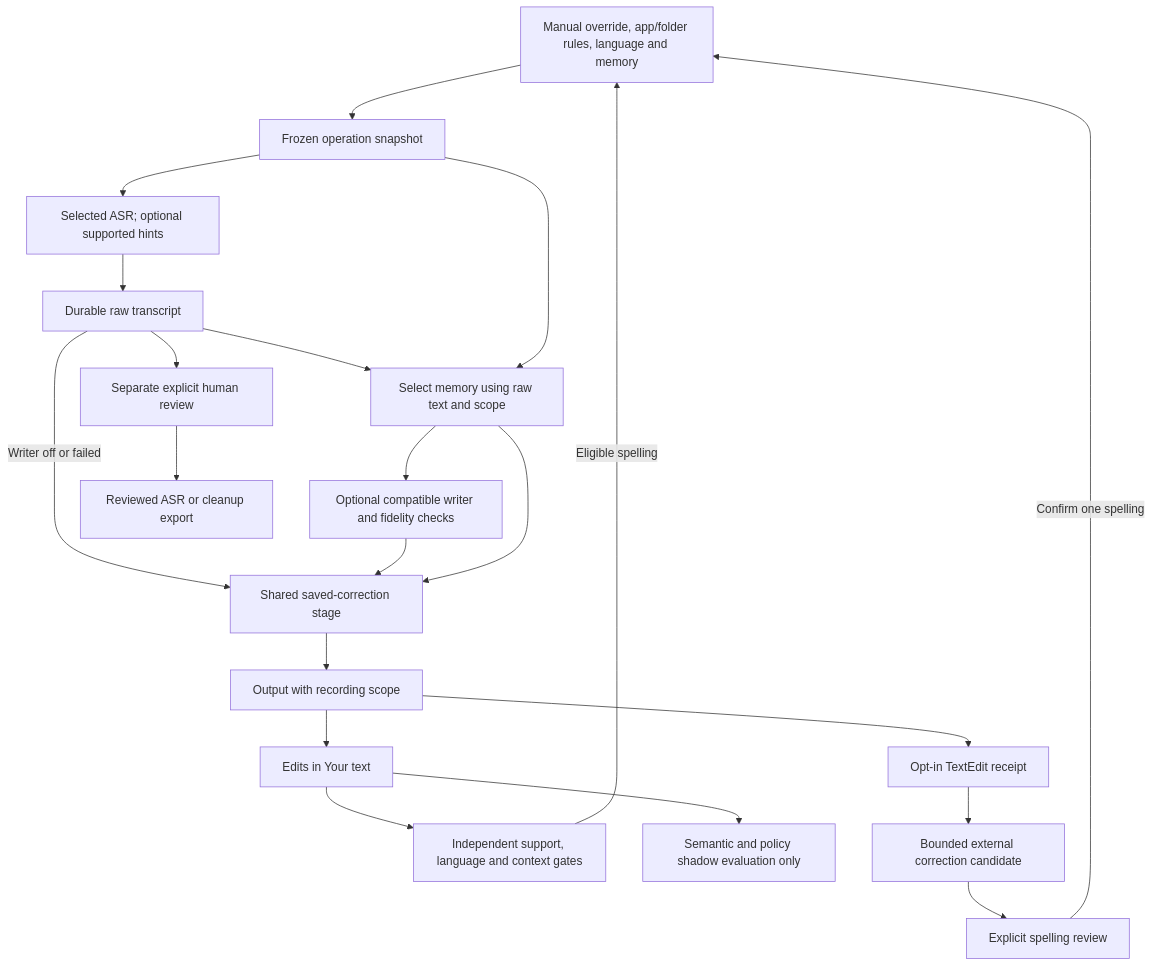
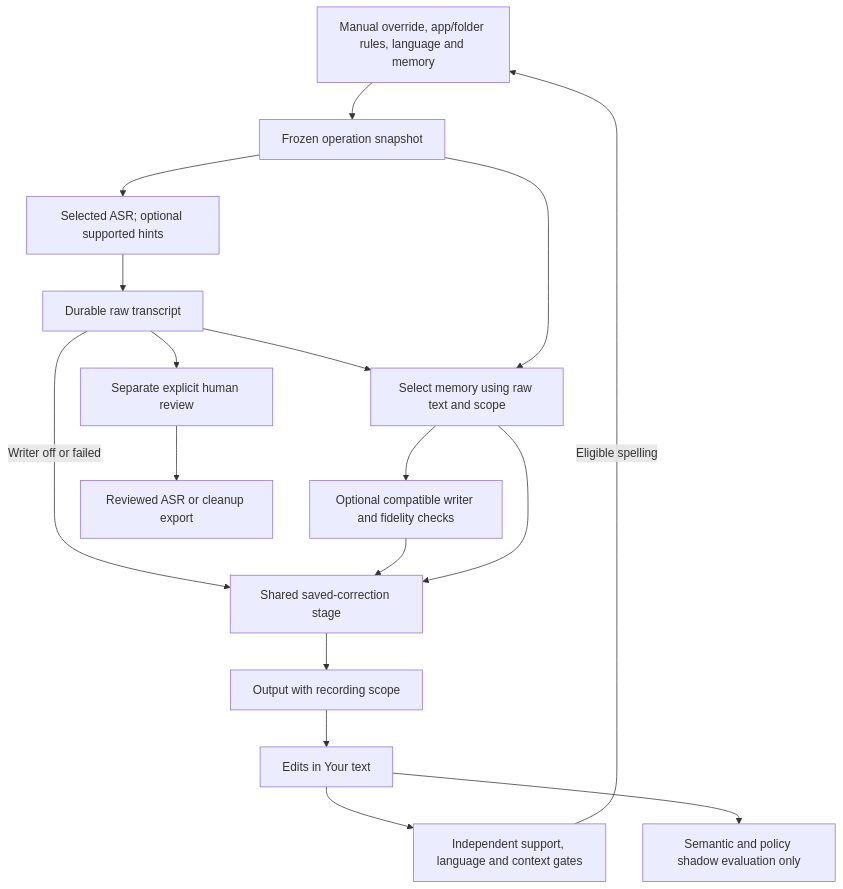
One commit to rahulsharmavishwakarma/vesper changed the third of 3 diagrams in docs/architecture.md. Above: the diagram before and after it, drawn with Mermaid. The commit also changed other lines of this file and 3 other files, not shown here.

Commit message:
Record TextEdit observer removal in guides (Refs #61)

````diff
--- a/docs/architecture.md
+++ b/docs/architecture.md
@@ -114,23 +113,19 @@
 ```mermaid
 flowchart TD
     P["Manual override, app/folder rules, language and memory"] --> S["Frozen operation snapshot"]
     S --> A["Selected ASR; optional supported hints"]
     A --> R["Durable raw transcript"]
     R --> C["Select memory using raw text and scope"]
     S --> C
     C --> W["Optional compatible writer and fidelity checks"]
     R -->|"Writer off or failed"| M["Shared saved-correction stage"]
     W --> M
     C --> M
     M --> O["Output with recording scope"]
     O --> E["Edits in Your text"]
     E --> G["Independent support, language and context gates"]
     G -->|"Eligible spelling"| P
     E --> Q["Semantic and policy shadow evaluation only"]
-    O --> T["Opt-in TextEdit receipt"]
-    T --> X["Bounded external correction candidate"]
-    X --> V["Explicit spelling review"]
-    V -->|"Confirm one spelling"| P
     R --> H["Separate explicit human review"]
     H --> D["Reviewed ASR or cleanup export"]
 ```
````
